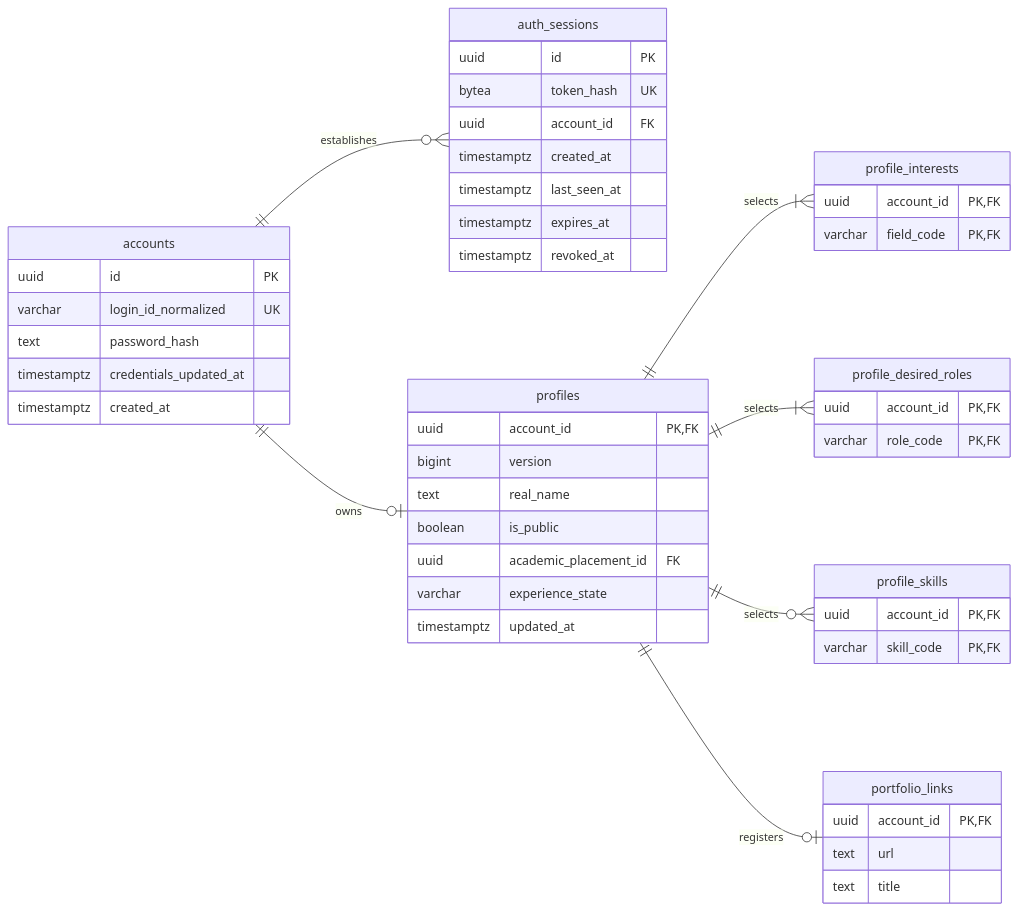
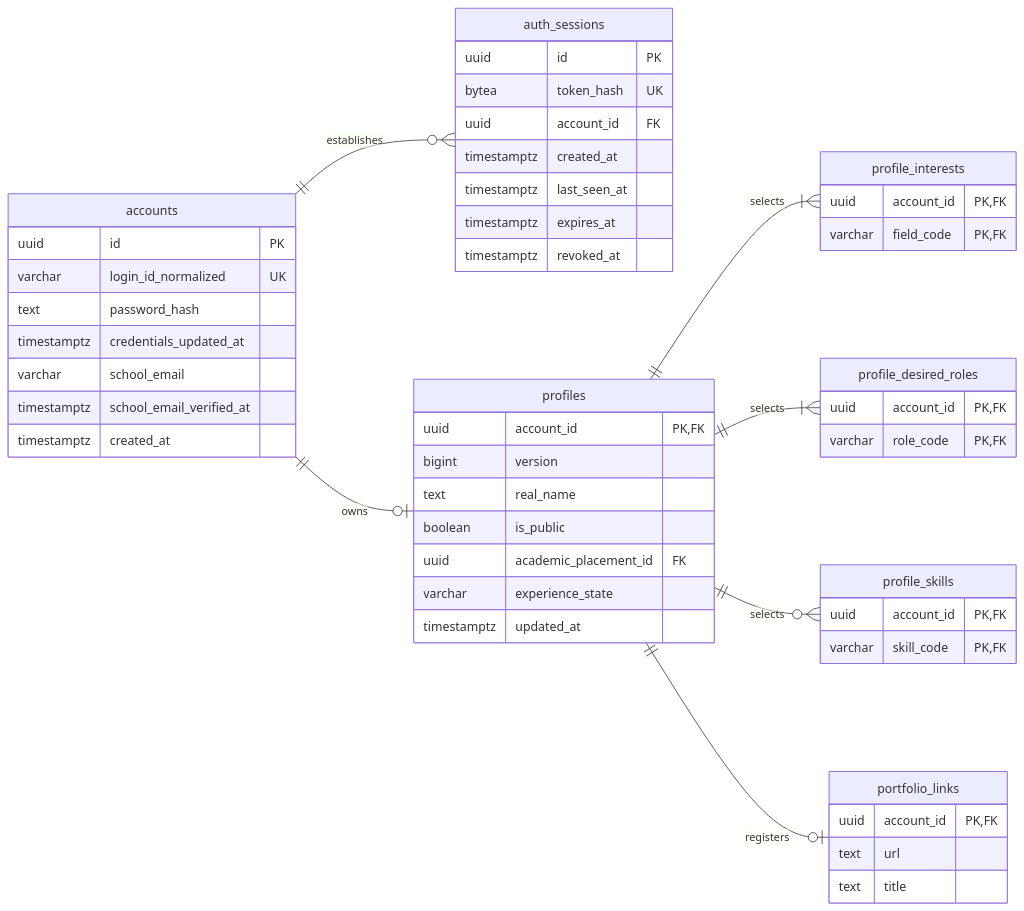
Before and after one commit to wejo-team/sku-dreamon: the diagram in docs/database/identity.md, drawn with Mermaid. The commit also changed other lines of this file and 5 other files, not shown here.

````diff
--- a/docs/database/identity.md
+++ b/docs/database/identity.md
@@ -22,52 +22,54 @@
 ```mermaid
 erDiagram
     direction LR
     accounts ||--o{ auth_sessions : establishes
     accounts ||--o| profiles : owns
     profiles ||--|{ profile_interests : selects
     profiles ||--|{ profile_desired_roles : selects
     profiles ||--o{ profile_skills : selects
     profiles ||--o| portfolio_links : registers
     accounts {
         uuid id PK
         varchar login_id_normalized UK
         text password_hash
         timestamptz credentials_updated_at
+        varchar school_email
+        timestamptz school_email_verified_at
         timestamptz created_at
     }
     auth_sessions {
         uuid id PK
         bytea token_hash UK
         uuid account_id FK
         timestamptz created_at
         timestamptz last_seen_at
         timestamptz expires_at
         timestamptz revoked_at
     }
     profiles {
         uuid account_id PK,FK
         bigint version
         text real_name
         boolean is_public
         uuid academic_placement_id FK
         varchar experience_state
         timestamptz updated_at
     }
     profile_interests {
         uuid account_id PK,FK
         varchar field_code PK,FK
     }
     profile_desired_roles {
         uuid account_id PK,FK
         varchar role_code PK,FK
     }
     profile_skills {
         uuid account_id PK,FK
         varchar skill_code PK,FK
     }
     portfolio_links {
         uuid account_id PK,FK
         text url
         text title
     }
 ```
````
